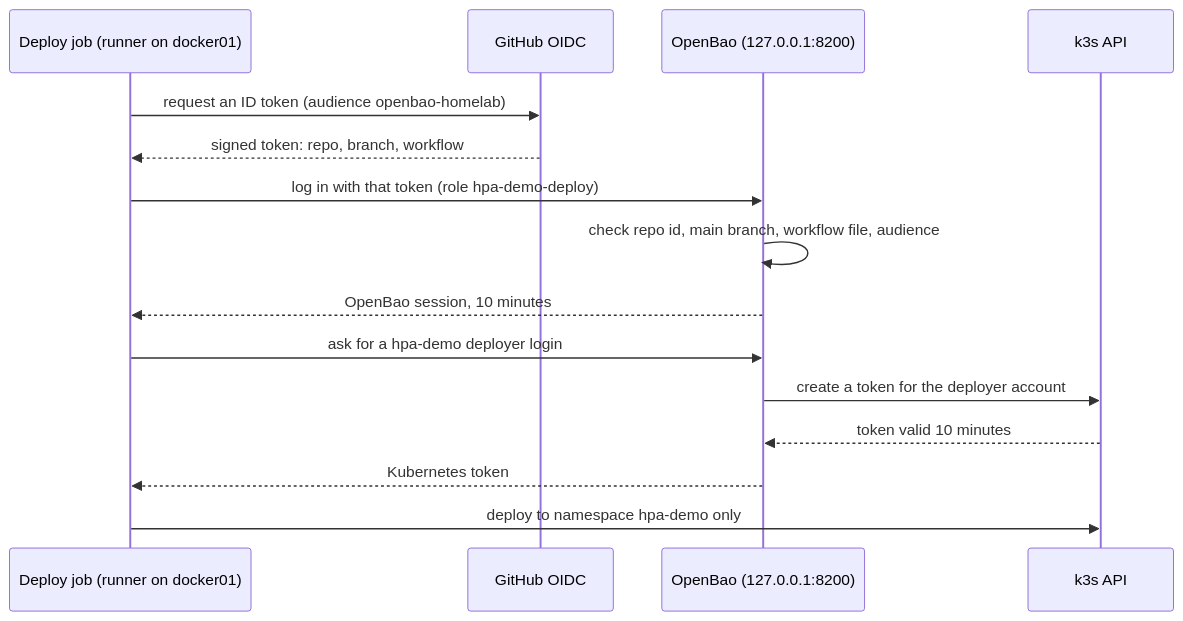
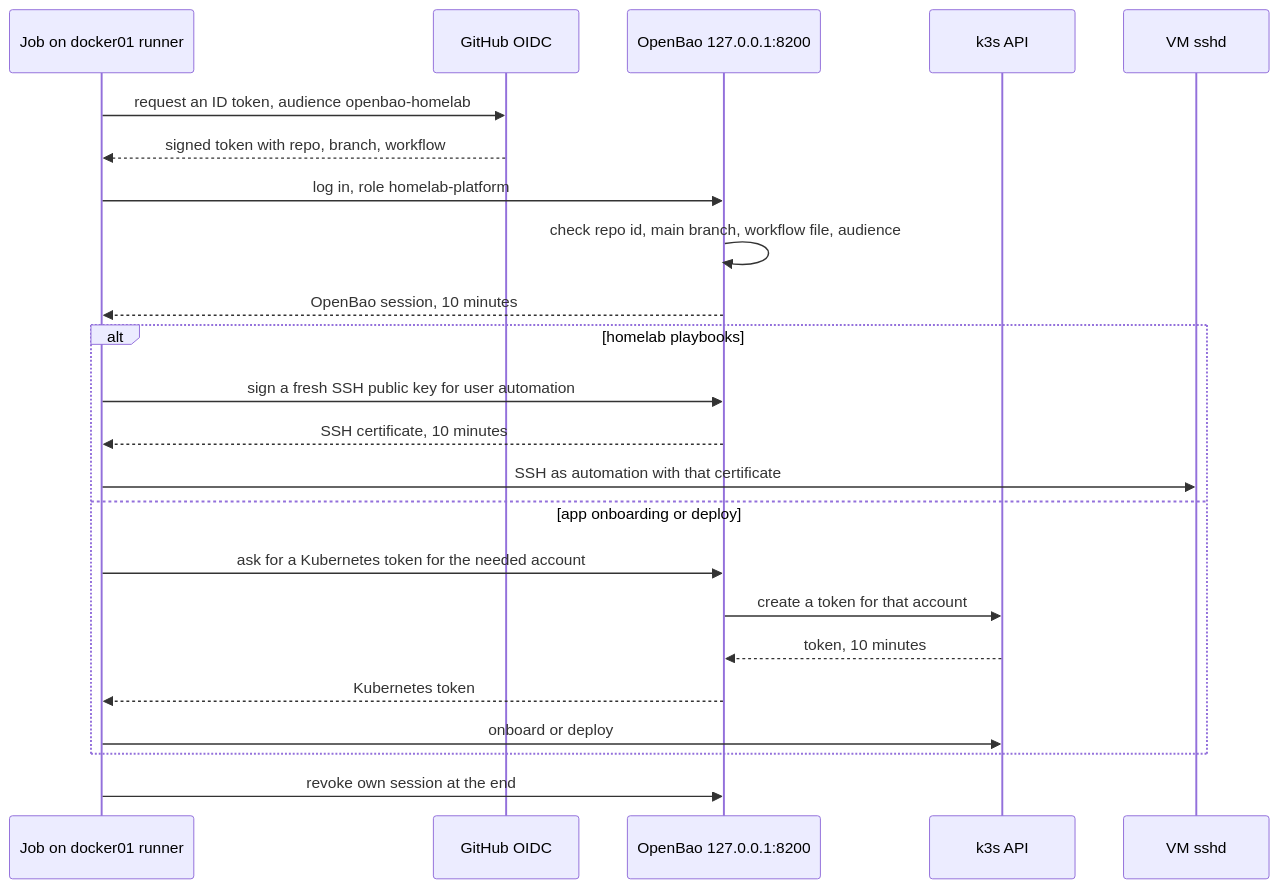
Before and after one commit to Zulhardy/homelab: the diagram in docs/OPENBAO.md, drawn with Mermaid. The commit also changed other lines of this file and 30 other files, not shown here.

First line of the commit message:
feat: fully automatic after merge (homelab playbooks, generic apps pipeline, OpenBao auto-unseal)

````diff
--- a/docs/OPENBAO.md
+++ b/docs/OPENBAO.md
@@ -74,17 +78,25 @@
 ```mermaid
 sequenceDiagram
-    participant J as Deploy job (runner on docker01)
+    participant J as Job on docker01 runner
     participant G as GitHub OIDC
-    participant B as OpenBao (127.0.0.1:8200)
+    participant B as OpenBao 127.0.0.1:8200
     participant K as k3s API
-    J->>G: request an ID token (audience openbao-homelab)
-    G-->>J: signed token: repo, branch, workflow
-    J->>B: log in with that token (role hpa-demo-deploy)
+    participant V as VM sshd
+    J->>G: request an ID token, audience openbao-homelab
+    G-->>J: signed token with repo, branch, workflow
+    J->>B: log in, role homelab-platform
     B->>B: check repo id, main branch, workflow file, audience
     B-->>J: OpenBao session, 10 minutes
-    J->>B: ask for a hpa-demo deployer login
-    B->>K: create a token for the deployer account
-    K-->>B: token valid 10 minutes
-    B-->>J: Kubernetes token
-    J->>K: deploy to namespace hpa-demo only
+    alt homelab playbooks
+        J->>B: sign a fresh SSH public key for user automation
+        B-->>J: SSH certificate, 10 minutes
+        J->>V: SSH as automation with that certificate
+    else app onboarding or deploy
+        J->>B: ask for a Kubernetes token for the needed account
+        B->>K: create a token for that account
+        K-->>B: token, 10 minutes
+        B-->>J: Kubernetes token
+        J->>K: onboard or deploy
+    end
+    J->>B: revoke own session at the end
 ```
````
